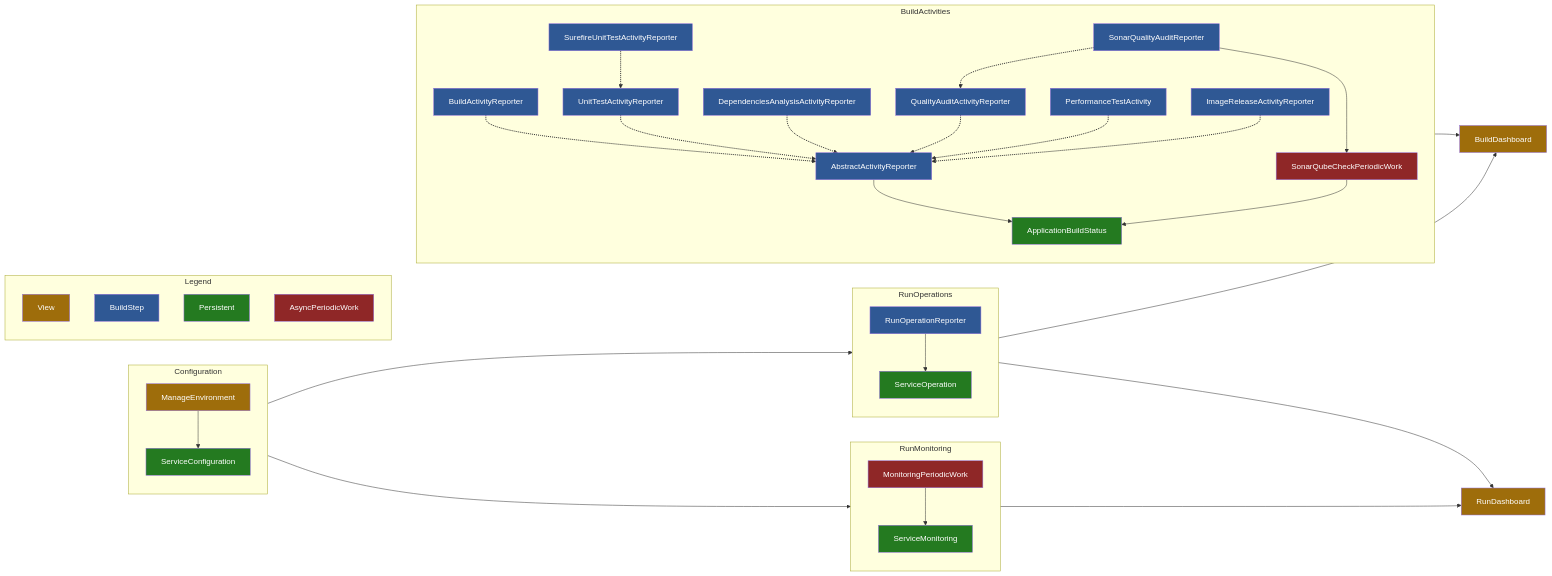
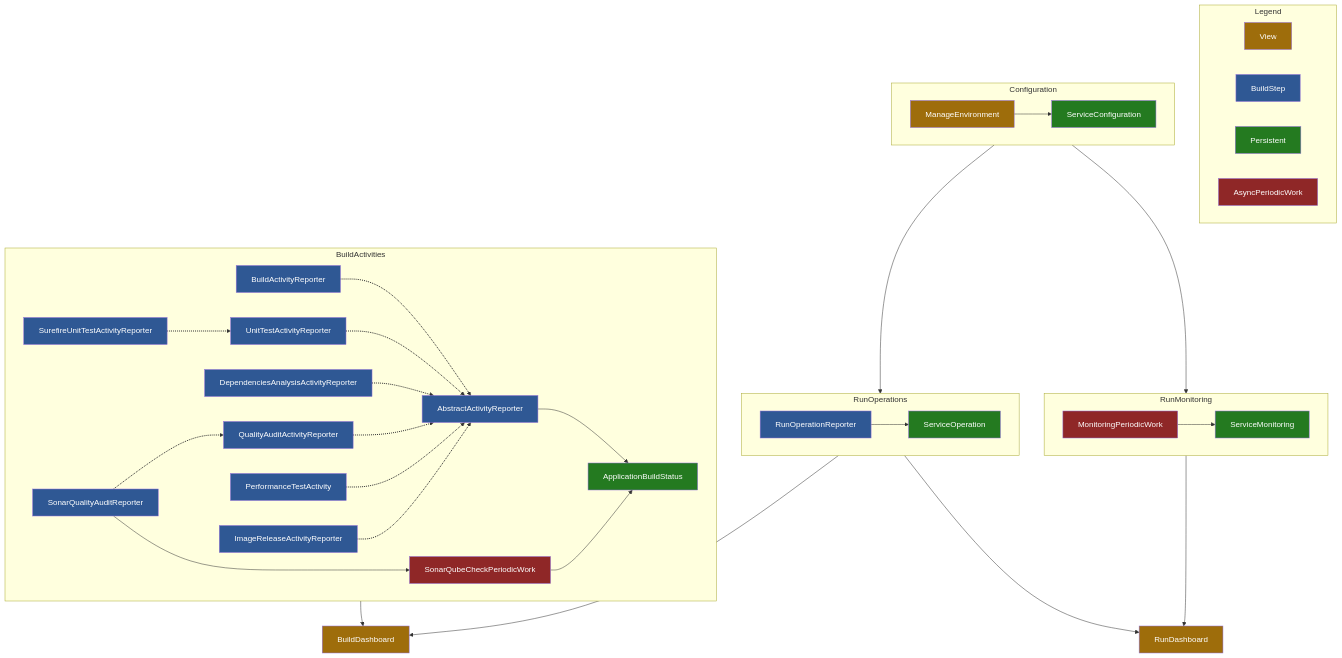
Before and after one commit to jenkinsci/devops-portal-plugin: the diagram in README.md, drawn with Mermaid.

````diff
--- a/README.md
+++ b/README.md
@@ -377,48 +377,49 @@
 ```mermaid
-flowchart LR
+flowchart TD
+
+    subgraph Legend
+    View:::view
+    BuildStep:::reporter
+    Persistent:::entity
+    AsyncPeriodicWork:::worker
+    end
+    
     subgraph Configuration
     ManageEnvironment:::view --> ServiceConfiguration:::entity
     end
     
     subgraph RunMonitoring
     MonitoringPeriodicWork:::worker --> ServiceMonitoring:::entity
     end
     
     subgraph RunOperations
     RunOperationReporter:::reporter --> ServiceOperation:::entity
     end
     
     subgraph BuildActivities
     BuildActivityReporter:::reporter -.-> AbstractActivityReporter:::reporter
     UnitTestActivityReporter:::reporter -.-> AbstractActivityReporter:::reporter
     SurefireUnitTestActivityReporter:::reporter -.-> UnitTestActivityReporter:::reporter
     DependenciesAnalysisActivityReporter:::reporter -.-> AbstractActivityReporter:::reporter
     QualityAuditActivityReporter:::reporter -.-> AbstractActivityReporter:::reporter
     SonarQualityAuditReporter:::reporter -.-> QualityAuditActivityReporter:::reporter
     PerformanceTestActivity:::reporter -.-> AbstractActivityReporter:::reporter
     ImageReleaseActivityReporter:::reporter -.-> AbstractActivityReporter:::reporter
     AbstractActivityReporter:::reporter --> ApplicationBuildStatus:::entity
     SonarQualityAuditReporter:::reporter --> SonarQubeCheckPeriodicWork:::worker
     SonarQubeCheckPeriodicWork:::worker --> ApplicationBuildStatus:::entity
     end
     
-    subgraph Legend
-    View:::view
-    BuildStep:::reporter
-    Persistent:::entity
-    AsyncPeriodicWork:::worker
-    end
-    
     Configuration --> RunOperations
     Configuration --> RunMonitoring
     RunOperations --> RunDashboard:::view
     RunMonitoring --> RunDashboard:::view
     BuildActivities --> BuildDashboard:::view
     RunOperations --> BuildDashboard:::view
     
     classDef view fill:#9e6d0b,color:#fff
     classDef reporter fill:#2f5894,color:#fff
     classDef entity fill:#247a20,color:#fff
     classDef worker fill:#8f2727,color:#fff
     linkStyle 3,4,5,6,7,8,9,10 stroke-width:2px,fill:none
 ```
````
